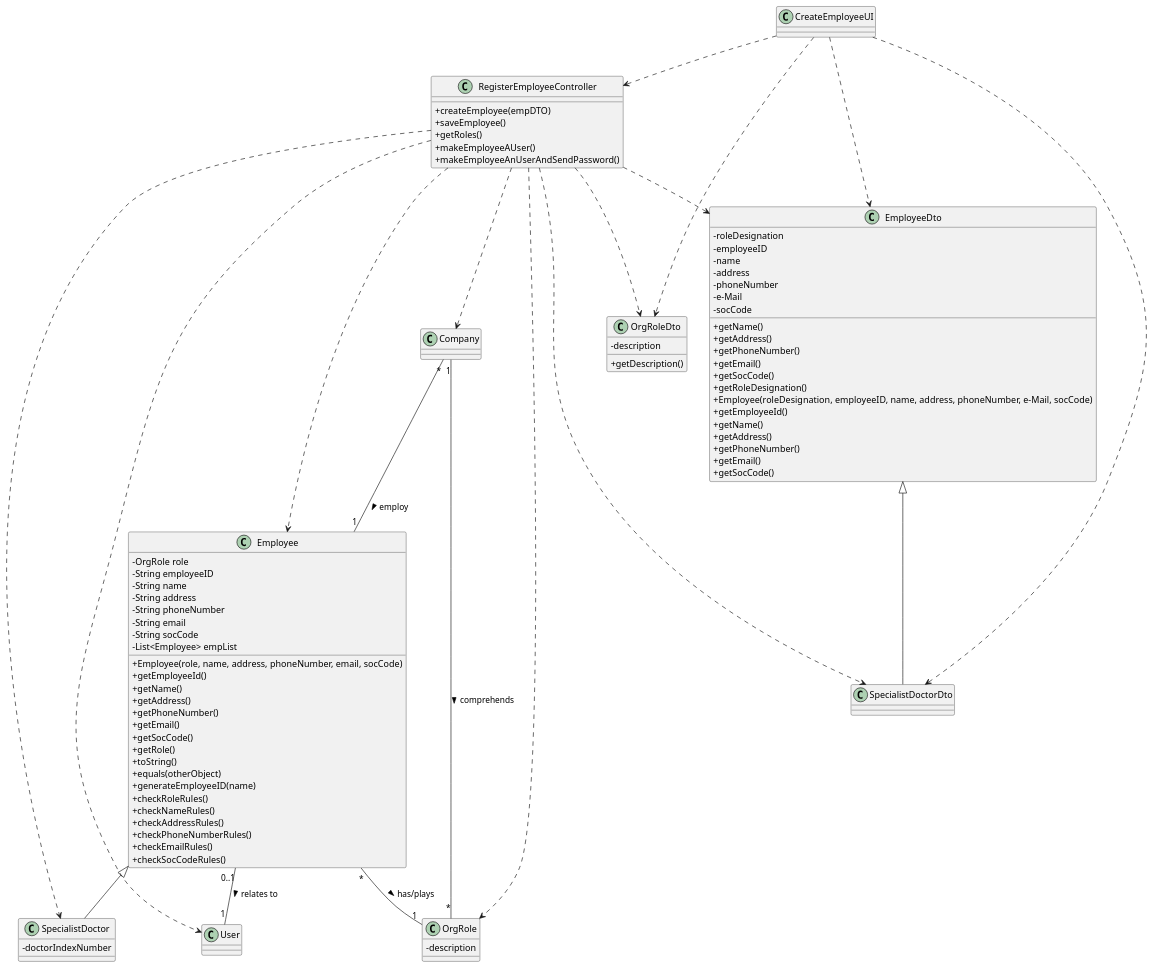
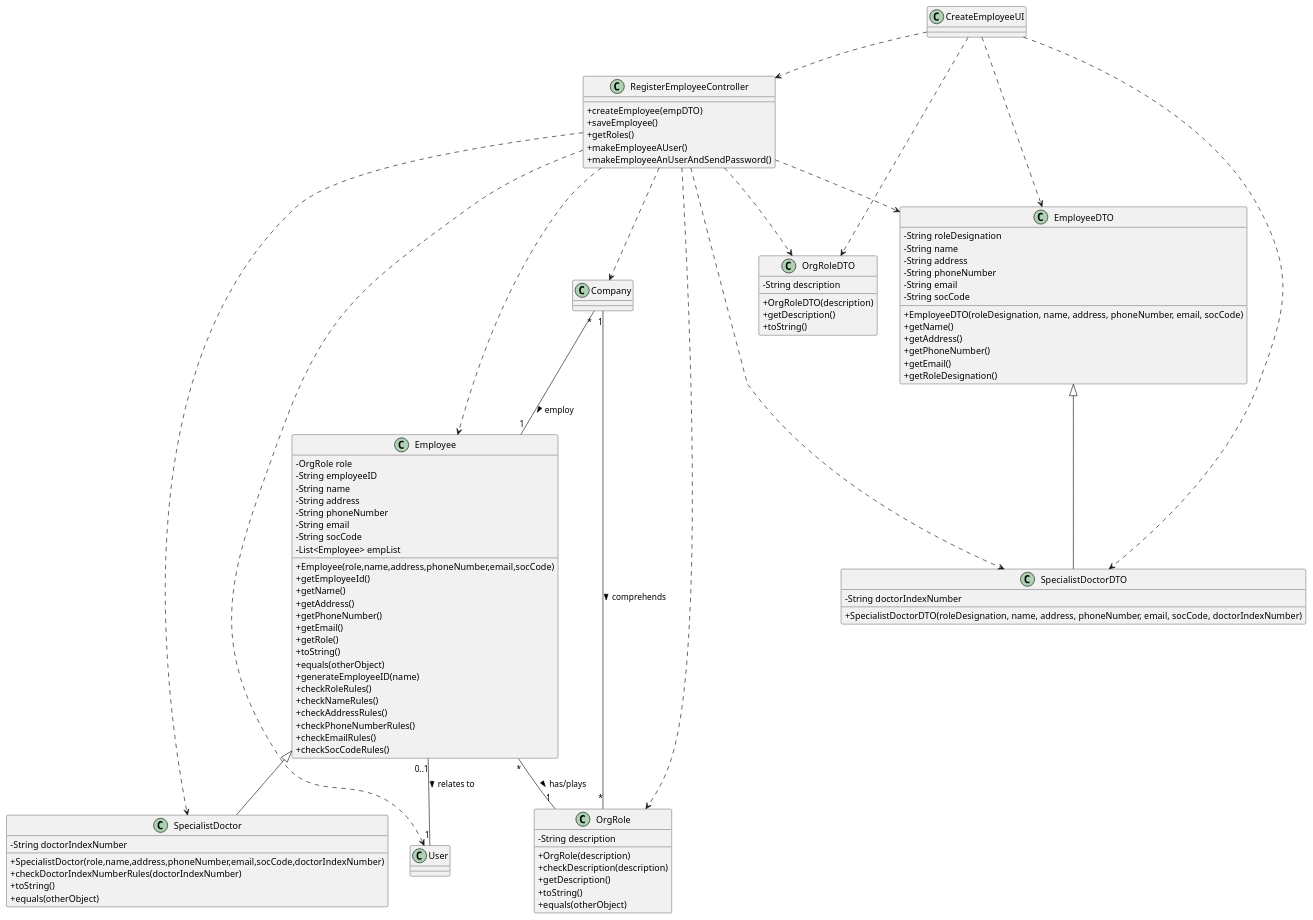
Before and after one commit to ana-albergaria/LAPR2-ISEP: the diagram in docs/SprintB/US_7/US7_CD.puml, drawn with PlantUML.

Commit message:
Continued US7 CD.

```diff
--- a/docs/SprintB/US_7/US7_CD.puml
+++ b/docs/SprintB/US_7/US7_CD.puml
@@ -1,110 +1,114 @@
 @startuml
 skinparam classAttributeIconSize 0
 
 class CreateEmployeeUI {
 }
 
 class RegisterEmployeeController {
 +createEmployee(empDTO)
 +saveEmployee()
 +getRoles()
 +makeEmployeeAUser()
 +makeEmployeeAnUserAndSendPassword()
 }
 
 class Employee {
-- OrgRole role
-- String employeeID
-- String name
-- String address
-- String phoneNumber
-- String email
-- String socCode
-- List<Employee> empList
-+Employee(role, name, address, phoneNumber, email, socCode)
+-OrgRole role
+-String employeeID
+-String name
+-String address
+-String phoneNumber
+-String email
+-String socCode
+-List<Employee> empList
++Employee(role,name,address,phoneNumber,email,socCode)
 +getEmployeeId()
 +getName()
 +getAddress()
 +getPhoneNumber()
 +getEmail()
-+getSocCode()
 +getRole()
 +toString()
 +equals(otherObject)
 +generateEmployeeID(name)
 +checkRoleRules()
 +checkNameRules()
 +checkAddressRules()
 +checkPhoneNumberRules()
 +checkEmailRules()
 +checkSocCodeRules()
 
 
 }
 
 class SpecialistDoctor {
-- doctorIndexNumber
+-String doctorIndexNumber
++SpecialistDoctor(role,name,address,phoneNumber,email,socCode,doctorIndexNumber)
++checkDoctorIndexNumberRules(doctorIndexNumber)
++toString()
++equals(otherObject)
 }
 
 class OrgRole {
-- description
+-String description
++OrgRole(description)
++checkDescription(description)
++getDescription()
++toString()
++equals(otherObject)
 }
 
-class OrgRoleDto {
-- description
-+ getDescription()
+class OrgRoleDTO {
+-String description
++OrgRoleDTO(description)
++getDescription()
++toString()
 }
 
-class EmployeeDto {
-- roleDesignation
-- employeeID
-- name
-- address
-- phoneNumber
-- e-Mail
-- socCode
+class EmployeeDTO {
+-String roleDesignation
+-String name
+-String address
+-String phoneNumber
+-String email
+-String socCode
++EmployeeDTO(roleDesignation, name, address, phoneNumber, email, socCode)
 +getName()
 +getAddress()
 +getPhoneNumber()
 +getEmail()
-+getSocCode()
 +getRoleDesignation()
-+Employee(roleDesignation, employeeID, name, address, phoneNumber, e-Mail, socCode)
-+getEmployeeId()
-+getName()
-+getAddress()
-+getPhoneNumber()
-+getEmail()
-+getSocCode()
 }
 
-class SpecialistDoctorDto {
+class SpecialistDoctorDTO {
+-String doctorIndexNumber
++SpecialistDoctorDTO(roleDesignation, name, address, phoneNumber, email, socCode, doctorIndexNumber)
 }
 
 class User {
 }
 
 CreateEmployeeUI ..> RegisterEmployeeController
 Employee <|-- SpecialistDoctor
 RegisterEmployeeController ..> Employee
 RegisterEmployeeController ..> SpecialistDoctor
-CreateEmployeeUI ..> EmployeeDto
-CreateEmployeeUI ..> SpecialistDoctorDto
-RegisterEmployeeController ..> EmployeeDto
-RegisterEmployeeController ..> SpecialistDoctorDto
-RegisterEmployeeController ..> OrgRoleDto
-CreateEmployeeUI ..> OrgRoleDto
+CreateEmployeeUI ..> EmployeeDTO
+CreateEmployeeUI ..> SpecialistDoctorDTO
+RegisterEmployeeController ..> EmployeeDTO
+RegisterEmployeeController ..> SpecialistDoctorDTO
+RegisterEmployeeController ..> OrgRoleDTO
+CreateEmployeeUI ..> OrgRoleDTO
 RegisterEmployeeController ..> Company
 RegisterEmployeeController ..> OrgRole
 
-EmployeeDto <|-- SpecialistDoctorDto
+EmployeeDTO <|-- SpecialistDoctorDTO
 
 Employee "*" -- "1" OrgRole : has/plays >
 Company "1" -- "*" OrgRole : comprehends >
 Company "*" -- "1" Employee : employ >
 Employee "0..1" -- "1" User : relates to >
 
 RegisterEmployeeController ..> User
 
 
 @enduml
```
